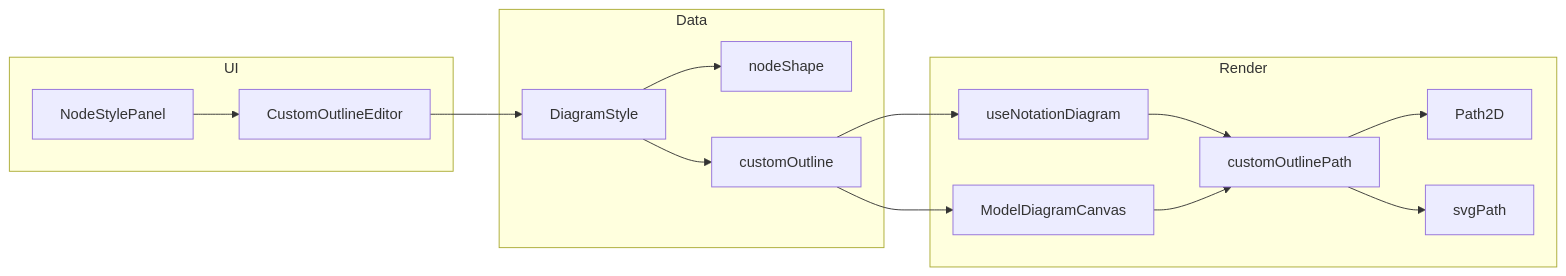
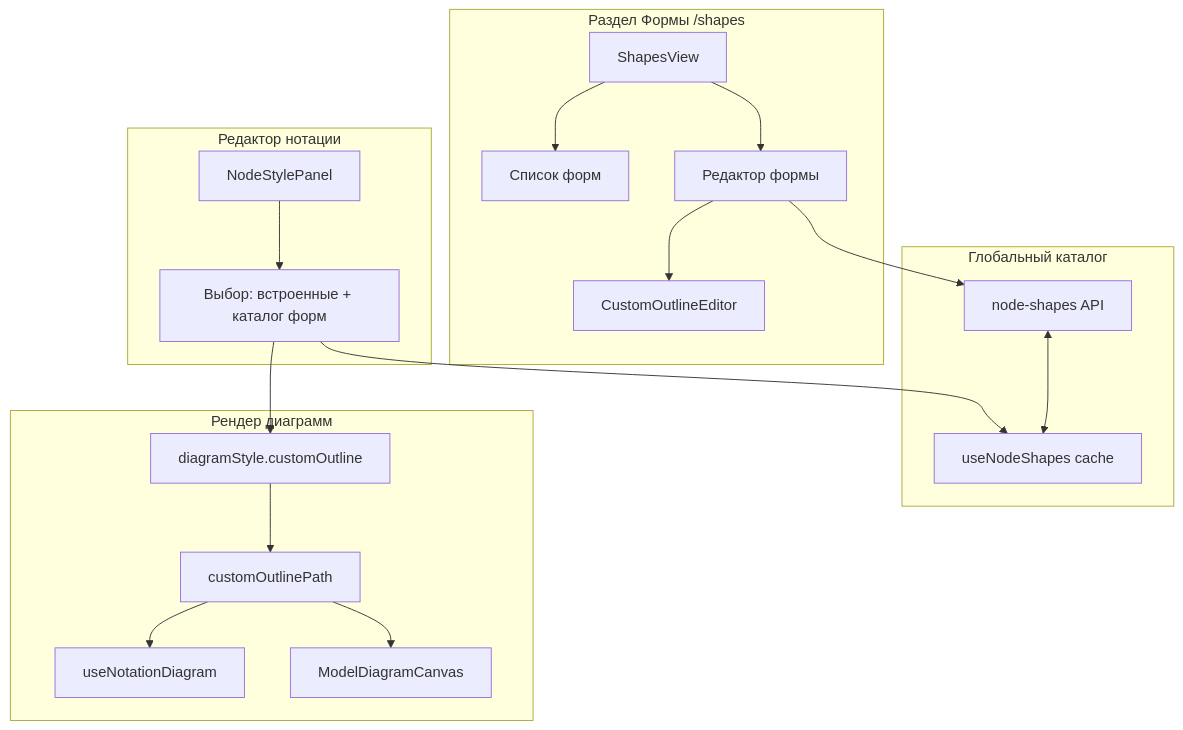
One commit to satellite13/warchi changed the diagram in docs/custom-node-shape-editor-plan.md. Above: the diagram before and after it, drawn with Mermaid. The commit also changed other lines of this file, not shown here.

First line of the commit message:
Implement custom node shape editor with global catalog support

````diff
--- a/docs/custom-node-shape-editor-plan.md
+++ b/docs/custom-node-shape-editor-plan.md
@@ -98,25 +157,33 @@
 ```mermaid
-flowchart LR
-  subgraph ui [UI]
-    NS[NodeStylePanel]
+flowchart TB
+  subgraph shapes_section [Раздел Формы /shapes]
+    ShapesView[ShapesView]
+    ShapeList[Список форм]
+    ShapeForm[Редактор формы]
     COE[CustomOutlineEditor]
-    NS --> COE
+    ShapesView --> ShapeList
+    ShapesView --> ShapeForm
+    ShapeForm --> COE
   end
-  subgraph data [Data]
-    DS[DiagramStyle]
-    DS --> nodeShape
-    DS --> customOutline
+  subgraph notation_editor [Редактор нотации]
+    NodeStylePanel[NodeStylePanel]
+    NodeStylePanel --> ShapeDropdown[Выбор: встроенные + каталог форм]
   end
-  subgraph render [Render]
+  subgraph catalog [Глобальный каталог]
+    API[node-shapes API]
+    Cache[useNodeShapes cache]
+    API <--> Cache
+  end
+  subgraph render [Рендер диаграмм]
     ND[useNotationDiagram]
     MC[ModelDiagramCanvas]
     COP[customOutlinePath]
-    ND --> COP
-    MC --> COP
-    COP --> Path2D
-    COP --> svgPath
+    DiagramStyle[diagramStyle.customOutline]
+    DiagramStyle --> COP
+    COP --> ND
+    COP --> MC
   end
-  COE --> DS
-  customOutline --> ND
-  customOutline --> MC
+  ShapeForm --> API
+  ShapeDropdown --> Cache
+  ShapeDropdown --> DiagramStyle
 ```
````
